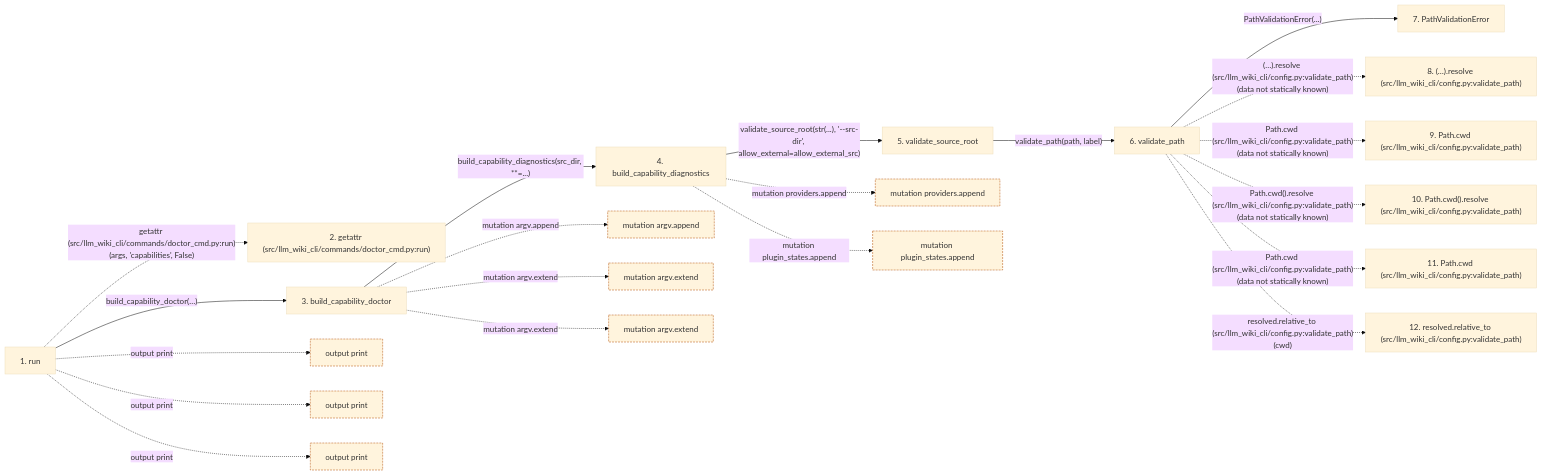
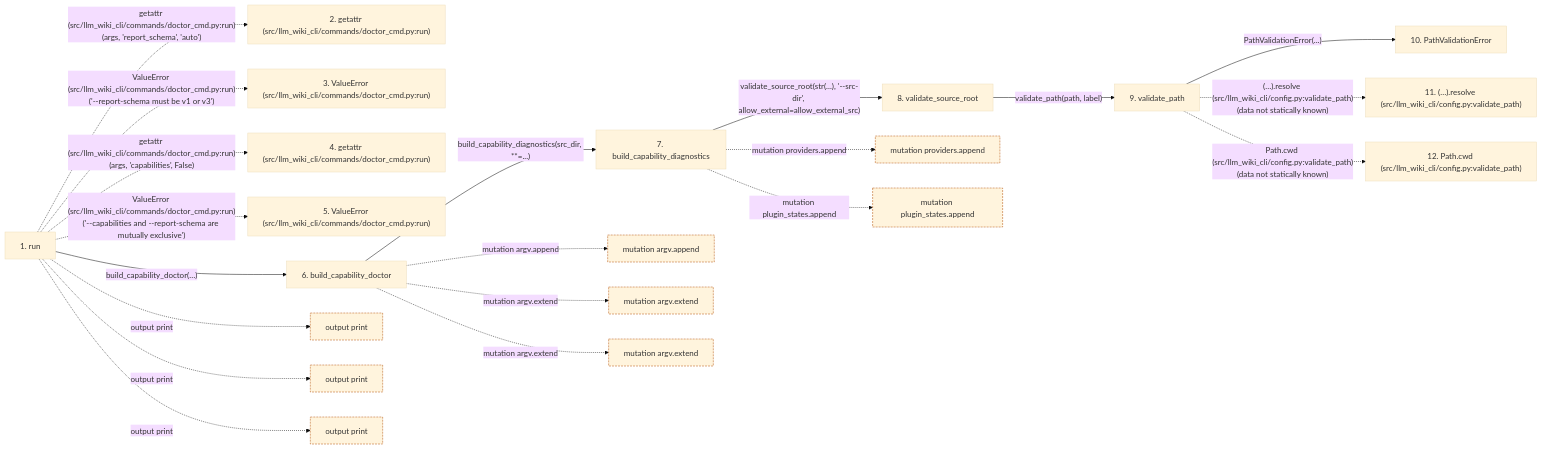
The second of 2 diagrams in docs/llm_wiki/flows/cli-doctor.md (Denissvgn/python-wiki-llm), drawn with Mermaid (base theme) before and after one commit. The commit also changed other lines of this file and 727 other files, not shown here.

````diff
--- a/docs/llm_wiki/flows/cli-doctor.md
+++ b/docs/llm_wiki/flows/cli-doctor.md
@@ -111,57 +119,57 @@
 ```mermaid
 flowchart LR
     s1["1. run"]
     s2["2. getattr (src/llm_wiki_cli/commands/doctor_cmd.py:run)"]
-    s3["3. build_capability_doctor"]
-    s4["4. build_capability_diagnostics"]
-    s5["5. validate_source_root"]
-    s6["6. validate_path"]
-    s7["7. PathValidationError"]
-    s8["8. (…).resolve (src/llm_wiki_cli/config.py:validate_path)"]
-    s9["9. Path.cwd (src/llm_wiki_cli/config.py:validate_path)"]
-    s10["10. Path.cwd().resolve (src/llm_wiki_cli/config.py:validate_path)"]
-    s11["11. Path.cwd (src/llm_wiki_cli/config.py:validate_path)"]
-    s12["12. resolved.relative_to (src/llm_wiki_cli/config.py:validate_path)"]
-    s1 -. "getattr (src/llm_wiki_cli/commands/doctor_cmd.py:run)(args, 'capabilities', False)" .-> s2
-    s1 -->|"build_capability_doctor(…)"| s3
-    s3 -->|"build_capability_diagnostics(src_dir, **=...)"| s4
-    s4 -->|"validate_source_root(str(...), '--src-dir', allow_external=allow_external_src)"| s5
-    s5 -->|"validate_path(path, label)"| s6
-    s6 -->|"PathValidationError(...)"| s7
-    s6 -. "(…).resolve (src/llm_wiki_cli/config.py:validate_path)(data not statically known)" .-> s8
-    s6 -. "Path.cwd (src/llm_wiki_cli/config.py:validate_path)(data not statically known)" .-> s9
-    s6 -. "Path.cwd().resolve (src/llm_wiki_cli/config.py:validate_path)(data not statically known)" .-> s10
-    s6 -. "Path.cwd (src/llm_wiki_cli/config.py:validate_path)(data not statically known)" .-> s11
-    s6 -. "resolved.relative_to (src/llm_wiki_cli/config.py:validate_path)(cwd)" .-> s12
+    s3["3. ValueError (src/llm_wiki_cli/commands/doctor_cmd.py:run)"]
+    s4["4. getattr (src/llm_wiki_cli/commands/doctor_cmd.py:run)"]
+    s5["5. ValueError (src/llm_wiki_cli/commands/doctor_cmd.py:run)"]
+    s6["6. build_capability_doctor"]
+    s7["7. build_capability_diagnostics"]
+    s8["8. validate_source_root"]
+    s9["9. validate_path"]
+    s10["10. PathValidationError"]
+    s11["11. (…).resolve (src/llm_wiki_cli/config.py:validate_path)"]
+    s12["12. Path.cwd (src/llm_wiki_cli/config.py:validate_path)"]
+    s1 -. "getattr (src/llm_wiki_cli/commands/doctor_cmd.py:run)(args, 'report_schema', 'auto')" .-> s2
+    s1 -. "ValueError (src/llm_wiki_cli/commands/doctor_cmd.py:run)('--report-schema must be v1 or v3')" .-> s3
+    s1 -. "getattr (src/llm_wiki_cli/commands/doctor_cmd.py:run)(args, 'capabilities', False)" .-> s4
+    s1 -. "ValueError (src/llm_wiki_cli/commands/doctor_cmd.py:run)('--capabilities and --report-schema are mutually exclusive')" .-> s5
+    s1 -->|"build_capability_doctor(…)"| s6
+    s6 -->|"build_capability_diagnostics(src_dir, **=...)"| s7
+    s7 -->|"validate_source_root(str(...), '--src-dir', allow_external=allow_external_src)"| s8
+    s8 -->|"validate_path(path, label)"| s9
+    s9 -->|"PathValidationError(...)"| s10
+    s9 -. "(…).resolve (src/llm_wiki_cli/config.py:validate_path)(data not statically known)" .-> s11
+    s9 -. "Path.cwd (src/llm_wiki_cli/config.py:validate_path)(data not statically known)" .-> s12
     b0["output print"]
     s1 -. "output print" .-> b0
     b1["output print"]
     s1 -. "output print" .-> b1
     b2["output print"]
     s1 -. "output print" .-> b2
     b3["mutation argv.append"]
-    s3 -. "mutation argv.append" .-> b3
+    s6 -. "mutation argv.append" .-> b3
     b4["mutation argv.extend"]
-    s3 -. "mutation argv.extend" .-> b4
+    s6 -. "mutation argv.extend" .-> b4
     b5["mutation argv.extend"]
-    s3 -. "mutation argv.extend" .-> b5
+    s6 -. "mutation argv.extend" .-> b5
     b6["mutation providers.append"]
-    s4 -. "mutation providers.append" .-> b6
+    s7 -. "mutation providers.append" .-> b6
     b7["mutation plugin_states.append"]
-    s4 -. "mutation plugin_states.append" .-> b7
+    s7 -. "mutation plugin_states.append" .-> b7
     click s1 "../modules/doctor_cmd.md"
-    click s3 "../modules/capability_diagnostics.md"
-    click s4 "../modules/capability_diagnostics.md"
-    click s5 "../modules/config.md"
-    click s6 "../modules/config.md"
-    click s7 "../modules/config.md"
+    click s6 "../modules/capability_diagnostics.md"
+    click s7 "../modules/capability_diagnostics.md"
+    click s8 "../modules/config.md"
+    click s9 "../modules/config.md"
+    click s10 "../modules/config.md"
     classDef boundary stroke:#b45309,stroke-dasharray: 4 2
     class b0 boundary
     class b1 boundary
     class b2 boundary
     class b3 boundary
     class b4 boundary
     class b5 boundary
     class b6 boundary
     class b7 boundary
 ```
````
